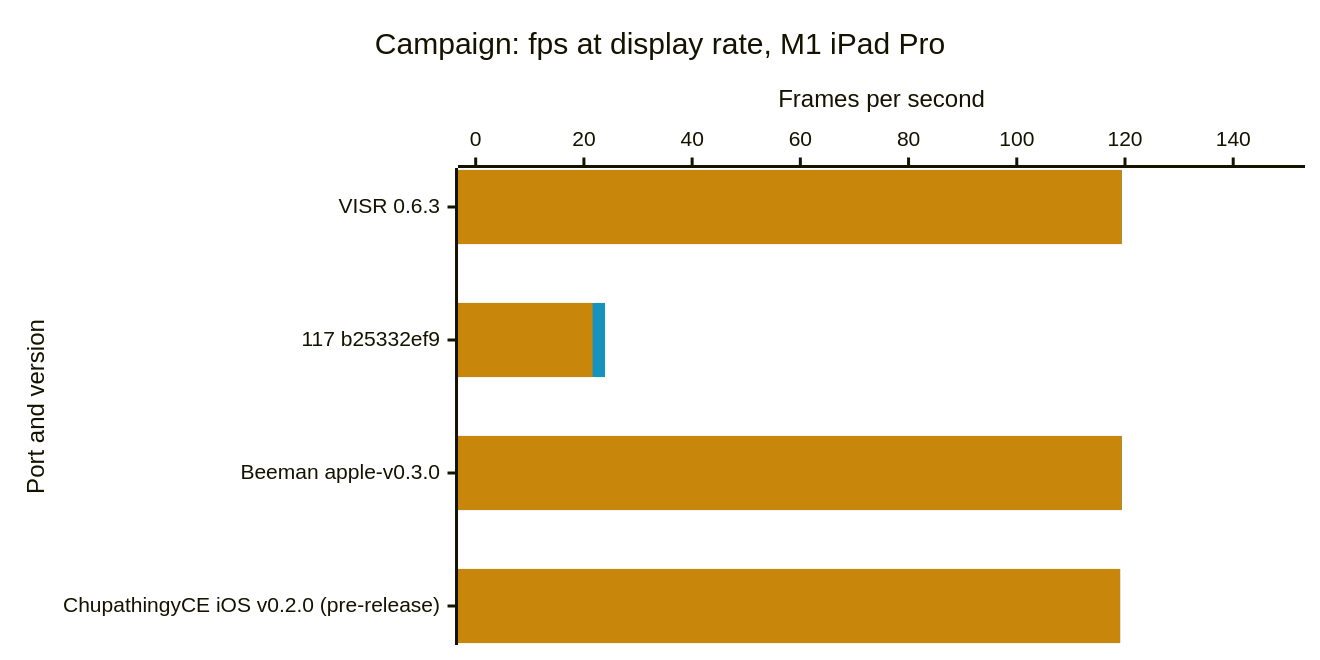
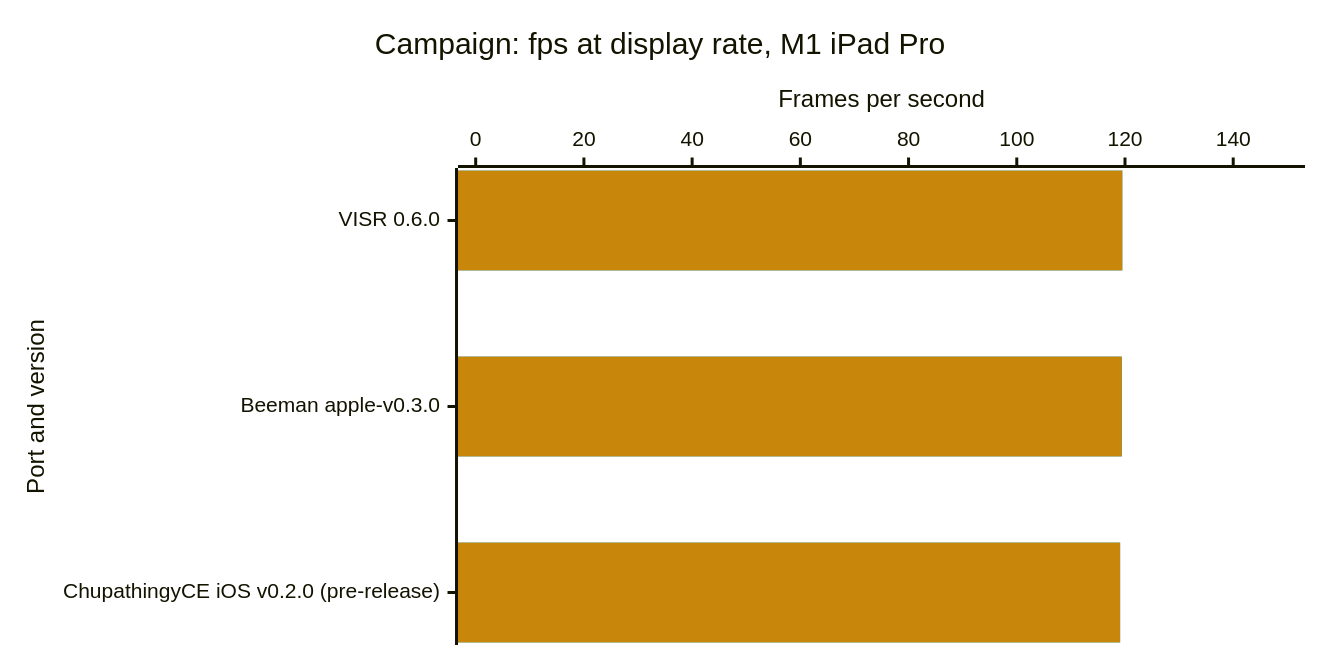
The second of 4 diagrams in docs/benchmarks.md (steverice/visr), drawn with Mermaid before and after one commit. The commit also changed other lines of this file and 207 other files, not shown here.

````diff
--- a/docs/benchmarks.md
+++ b/docs/benchmarks.md
@@ -48,17 +46,17 @@
 ```mermaid
 ---
 config:
   xyChart:
     width: 860
     height: 420
   themeVariables:
     xyChart:
       plotColorPalette: "#1593bd, #c8870a"
 ---
 xychart-beta horizontal
     title "Campaign: fps at display rate, M1 iPad Pro"
-    x-axis "Port and version" ["VISR 0.6.3", "117 b25332ef9", "Beeman apple-v0.3.0", "ChupathingyCE iOS v0.2.0 (pre-release)"]
+    x-axis "Port and version" ["VISR 0.6.0", "Beeman apple-v0.3.0", "ChupathingyCE iOS v0.2.0 (pre-release)"]
     y-axis "Frames per second" 0 --> 150
-    bar [119.4, 23.9, 119.4, 119.1]
-    bar [119.4, 21.6, 119.4, 119.1]
+    bar [119.5, 119.4, 119.1]
+    bar [119.5, 119.4, 119.1]
 ```
````
